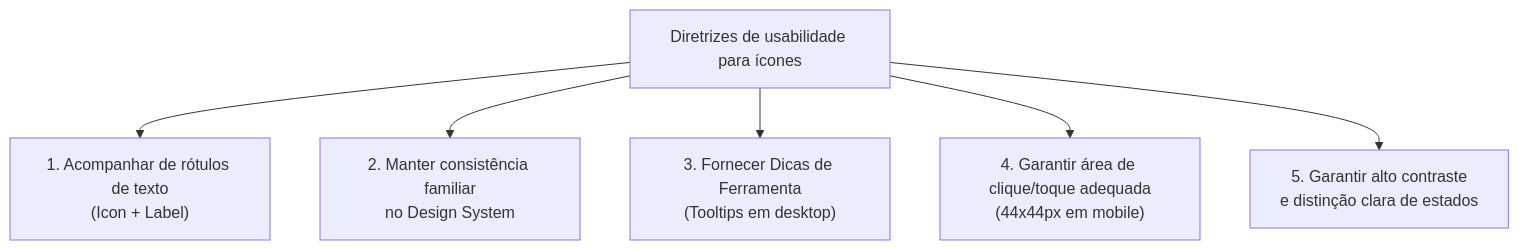
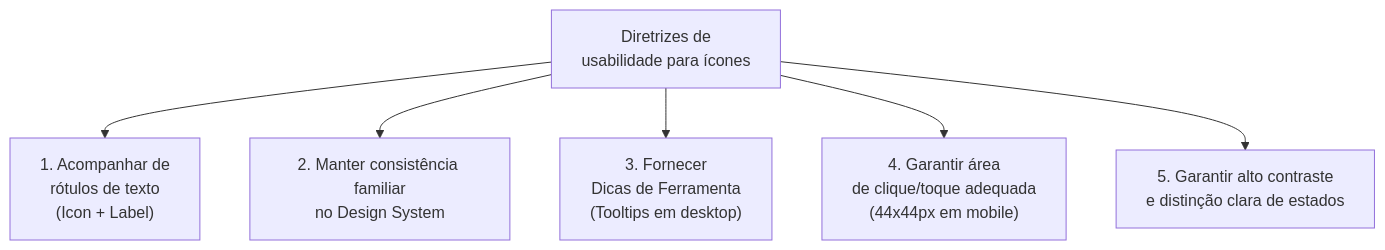
Before and after one commit to leorruas/puc: the third of 3 diagrams in 08. Design de Interacao/17. Projeto de ícones em interfaces interativas - metáfora, mapeamento direto e convenção.md, drawn with Mermaid. The commit also changed other lines of this file and 16 other files, not shown here.

Commit message:
style(mermaid): comprehensive audit and optimization of 45 Mermaid blocks across all 22 topic notes

````diff
--- a/08. Design de Interacao/17. Projeto de ícones em interfaces interativas - metáfora, mapeamento direto e convenção.md
+++ b/08. Design de Interacao/17. Projeto de ícones em interfaces interativas - metáfora, mapeamento direto e convenção.md
@@ -121,8 +121,8 @@
 ```mermaid
 graph TD
-    Diretrizes["Diretrizes de usabilidade para ícones"] --> D1["1. Acompanhar de rótulos de texto<br>(Icon + Label)"]
+    Diretrizes["Diretrizes de<br>usabilidade para ícones"] --> D1["1. Acompanhar de<br>rótulos de texto<br>(Icon + Label)"]
     Diretrizes --> D2["2. Manter consistência familiar<br>no Design System"]
-    Diretrizes --> D3["3. Fornecer Dicas de Ferramenta<br>(Tooltips em desktop)"]
-    Diretrizes --> D4["4. Garantir área de clique/toque adequada<br>(44x44px em mobile)"]
+    Diretrizes --> D3["3. Fornecer<br>Dicas de Ferramenta<br>(Tooltips em desktop)"]
+    Diretrizes --> D4["4. Garantir área<br>de clique/toque adequada<br>(44x44px em mobile)"]
     Diretrizes --> D5["5. Garantir alto contraste<br>e distinção clara de estados"]
 ```
````
